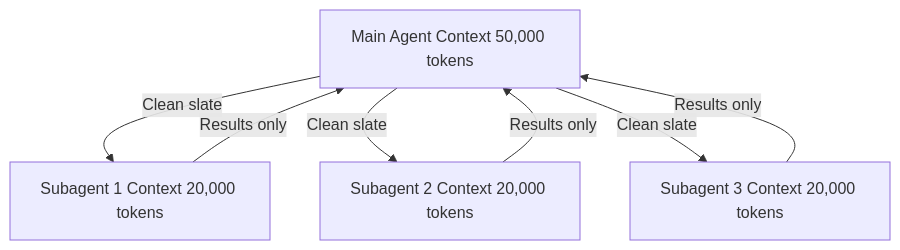
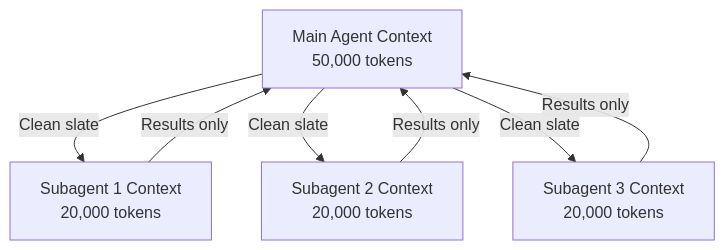
The sixth of 7 diagrams in claude-howto-zh/04-subagents/README.md (Rx782-Fss/claude-howto-zh), drawn with Mermaid before and after one commit. The commit also changed other lines of this file and 91 other files, not shown here.

````diff
--- a/claude-howto-zh/04-subagents/README.md
+++ b/claude-howto-zh/04-subagents/README.md
@@ -770,16 +867,20 @@
 ```mermaid
 graph TB
-    A["Main Agent Context 50,000 tokens"]
-    B["Subagent 1 Context 20,000 tokens"]
-    C["Subagent 2 Context 20,000 tokens"]
-    D["Subagent 3 Context 20,000 tokens"]
+    A["Main Agent Context<br/>50,000 tokens"]
+    B["Subagent 1 Context<br/>20,000 tokens"]
+    C["Subagent 2 Context<br/>20,000 tokens"]
+    D["Subagent 3 Context<br/>20,000 tokens"]
 
     A -->|Clean slate| B
     A -->|Clean slate| C
     A -->|Clean slate| D
 
     B -->|Results only| A
     C -->|Results only| A
     D -->|Results only| A
 
+    style A fill:# e1f5fe
+    style B fill:# fff9c4
+    style C fill:# fff9c4
+    style D fill:# fff9c4
 ```
````
